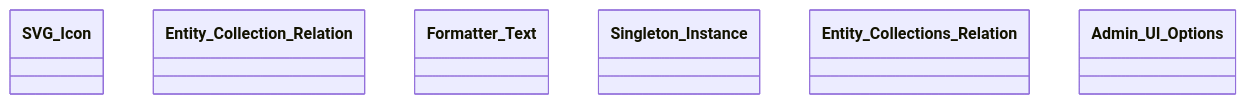
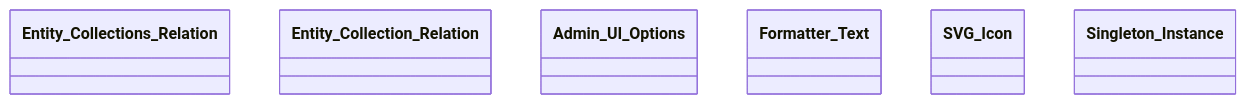
Diagram 13 of 13 in docs/phpdoc/Home.md (tainacan/tainacan), drawn with Mermaid before and after one commit. The commit also changed other lines of this file and 95 other files, not shown here.

````diff
--- a/docs/phpdoc/Home.md
+++ b/docs/phpdoc/Home.md
@@ -768,10 +768,10 @@
 ```mermaid
 classDiagram
     direction TB
+    class Entity_Collections_Relation { }
+    class Entity_Collection_Relation { }
+    class Admin_UI_Options { }
+    class Formatter_Text { }
     class SVG_Icon { }
-    class Entity_Collection_Relation { }
-    class Formatter_Text { }
     class Singleton_Instance { }
-    class Entity_Collections_Relation { }
-    class Admin_UI_Options { }
 ```
````
